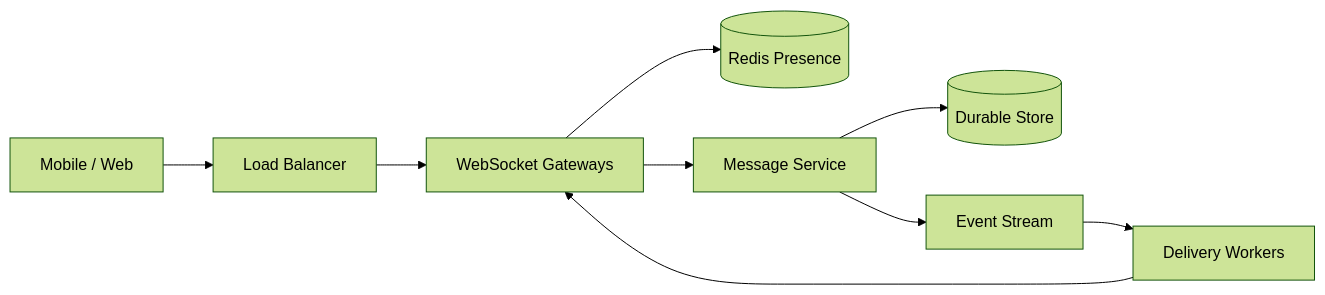
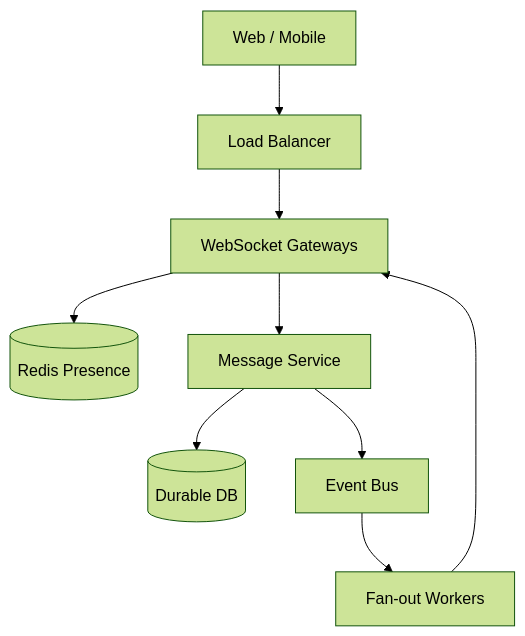
One commit to flutter-create-ani/flutter-create-ani changed the second of 3 diagrams in README.md. Above: the diagram before and after it, drawn with Mermaid (forest theme). The commit also changed other lines of this file, not shown here.

````diff
--- a/README.md
+++ b/README.md
@@ -204,11 +150,11 @@
 ```mermaid
-flowchart LR
-  A[Mobile / Web] --> B[Load Balancer]
+flowchart TB
+  A[Web / Mobile] --> B[Load Balancer]
   B --> C[WebSocket Gateways]
   C --> D[(Redis Presence)]
   C --> E[Message Service]
-  E --> F[(Durable Store)]
-  E --> G[Event Stream]
-  G --> H[Delivery Workers]
+  E --> F[(Durable DB)]
+  E --> G[Event Bus]
+  G --> H[Fan-out Workers]
   H --> C
 ```
````
